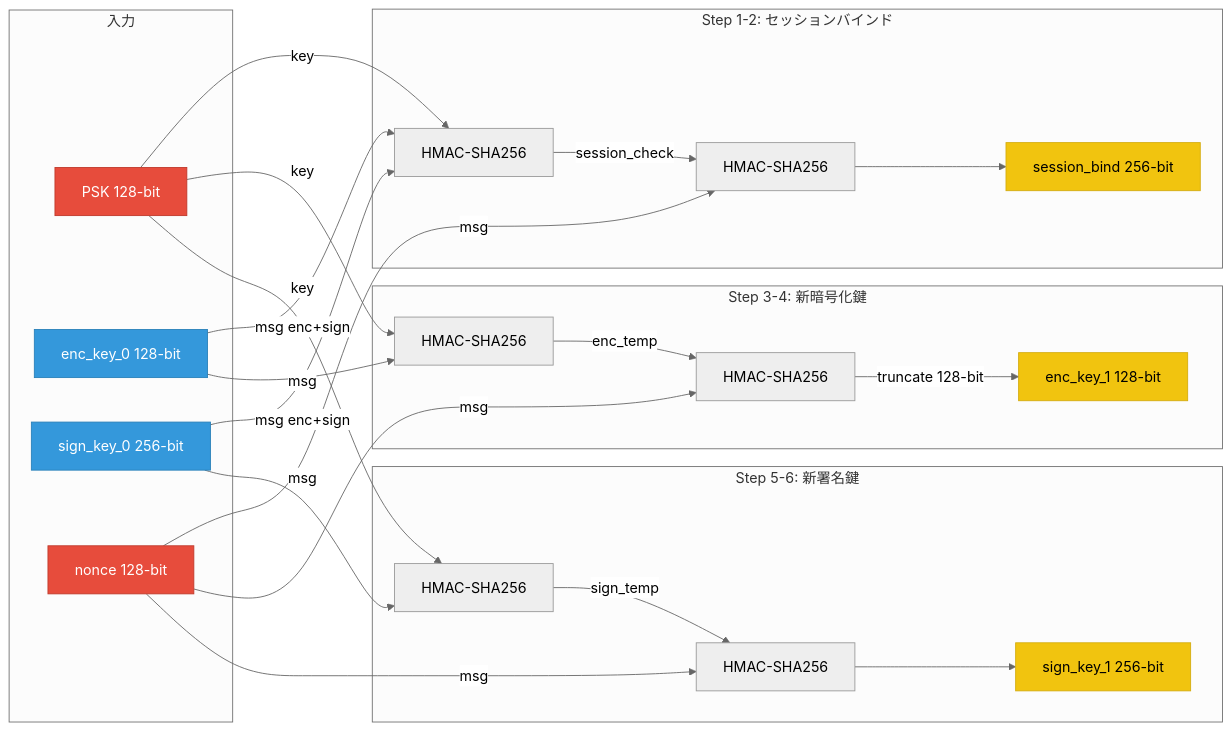
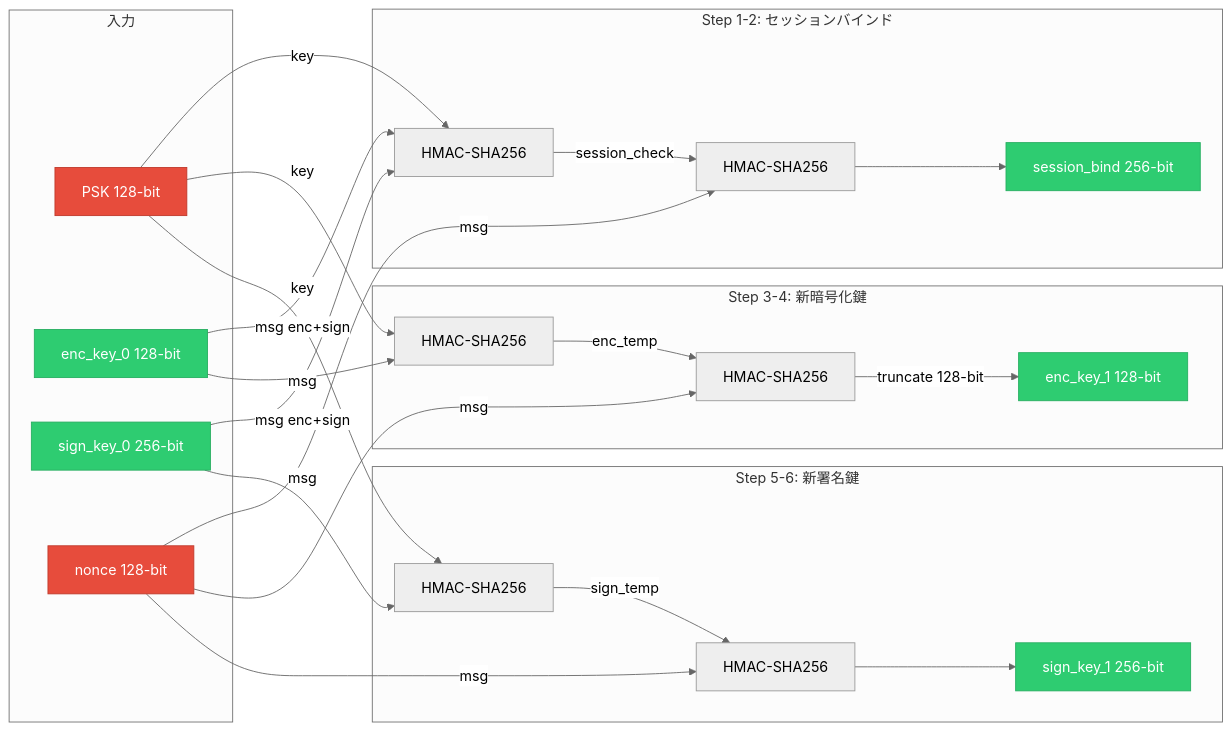
Before and after one commit to qtmleap/revkit: the eighth of 9 diagrams in docs/spec/msl_key_relationship.md, drawn with Mermaid (neutral theme). The commit also changed other lines of this file, not shown here.

First line of the commit message:
docs(spec): 鍵関係図を全面更新 — key 33.6 構造図追加、全ノード解明済み

````diff
--- a/docs/spec/msl_key_relationship.md
+++ b/docs/spec/msl_key_relationship.md
@@ -189,47 +191,47 @@
 ```mermaid
 graph LR
     subgraph Input["入力"]
         PSK2["PSK 128-bit"]
         ENC_OLD["enc_key_0 128-bit"]
         SIGN_OLD["sign_key_0 256-bit"]
         NONCE2["nonce 128-bit"]
     end
 
     subgraph Step12["Step 1-2: セッションバインド"]
         PSK2 -->|key| H1["HMAC-SHA256"]
         ENC_OLD -->|msg enc+sign| H1
         SIGN_OLD -->|msg enc+sign| H1
         H1 -->|session_check| H2["HMAC-SHA256"]
         NONCE2 -->|msg| H2
         H2 --> SB["session_bind 256-bit"]
     end
 
     subgraph Step34["Step 3-4: 新暗号化鍵"]
         PSK2 -->|key| H3["HMAC-SHA256"]
         ENC_OLD -->|msg| H3
         H3 -->|enc_temp| H4["HMAC-SHA256"]
         NONCE2 -->|msg| H4
         H4 -->|truncate 128-bit| NEW_ENC["enc_key_1 128-bit"]
     end
 
     subgraph Step56["Step 5-6: 新署名鍵"]
         PSK2 -->|key| H5["HMAC-SHA256"]
         SIGN_OLD -->|msg| H5
         H5 -->|sign_temp| H6["HMAC-SHA256"]
         NONCE2 -->|msg| H6
         H6 --> NEW_SIGN["sign_key_1 256-bit"]
     end
 
     %% 赤: バイナリ埋め込み
     style PSK2 fill:#e74c3c,stroke:#c0392b,color:#fff
     style NONCE2 fill:#e74c3c,stroke:#c0392b,color:#fff
 
-    %% 青: サーバーレスポンス由来
-    style ENC_OLD fill:#3498db,stroke:#2980b9,color:#fff
-    style SIGN_OLD fill:#3498db,stroke:#2980b9,color:#fff
+    %% 緑: Phase 0 出力 (計算可能)
+    style ENC_OLD fill:#2ecc71,stroke:#27ae60,color:#fff
+    style SIGN_OLD fill:#2ecc71,stroke:#27ae60,color:#fff
 
-    %% 黄: 計算可能
-    style NEW_ENC fill:#f1c40f,stroke:#d4ac0f,color:#000
-    style NEW_SIGN fill:#f1c40f,stroke:#d4ac0f,color:#000
-    style SB fill:#f1c40f,stroke:#d4ac0f,color:#000
+    %% 緑: 計算可能
+    style NEW_ENC fill:#2ecc71,stroke:#27ae60,color:#fff
+    style NEW_SIGN fill:#2ecc71,stroke:#27ae60,color:#fff
+    style SB fill:#2ecc71,stroke:#27ae60,color:#fff
 ```
````
